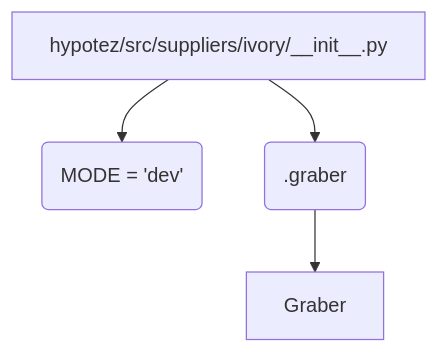
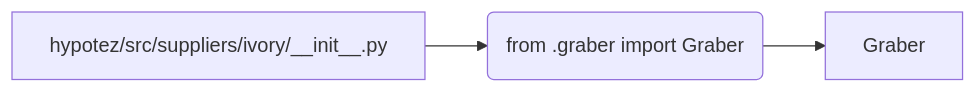
The diagram in docs/gemini/ru/explainer/src/suppliers/ivory/__init__.md (hypo69/hypo), drawn with Mermaid before and after one commit. The commit also changed other lines of this file and 468 other files, not shown here.

````diff
--- a/docs/gemini/ru/explainer/src/suppliers/ivory/__init__.md
+++ b/docs/gemini/ru/explainer/src/suppliers/ivory/__init__.md
@@ -46,6 +37,5 @@
 ```mermaid
-graph TD
-    A[hypotez/src/suppliers/ivory/__init__.py] --> B(MODE = 'dev');
-    A --> C(.graber);
-    C --> D[Graber];
+graph LR
+    A[hypotez/src/suppliers/ivory/__init__.py] --> B(from .graber import Graber);
+    B --> C[Graber];
 ```
````
